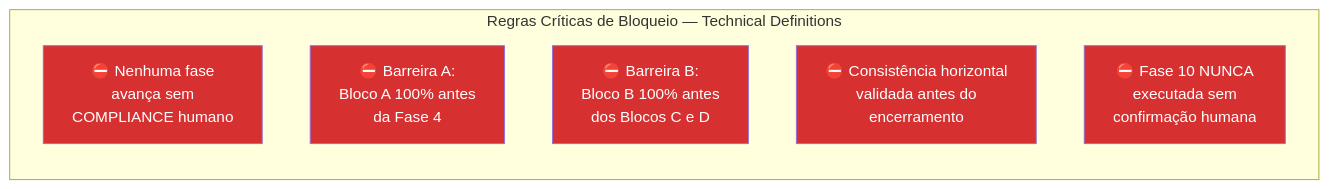
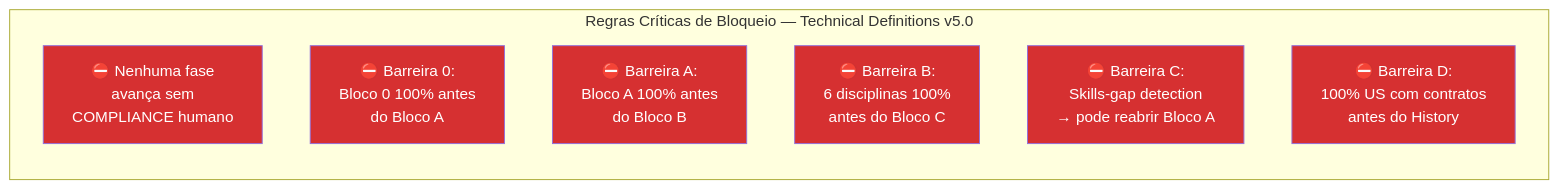
One commit to bolismar69/workspace-fbso changed the tenth of 10 diagrams in .specs/prompts/project-technical-definitions/FLOWCHART-PROMPT-ROADMAP-GENERATE-PROJECT-TECHNICAL-DEFINITIONS.md. Above: the diagram before and after it, drawn with Mermaid. The commit also changed other lines of this file, not shown here.

First line of the commit message:
docs: flowchart tech-defs v4.0 → v5.0 — blocos sequenciais, 20 fases

````diff
--- a/.specs/prompts/project-technical-definitions/FLOWCHART-PROMPT-ROADMAP-GENERATE-PROJECT-TECHNICAL-DEFINITIONS.md
+++ b/.specs/prompts/project-technical-definitions/FLOWCHART-PROMPT-ROADMAP-GENERATE-PROJECT-TECHNICAL-DEFINITIONS.md
@@ -669,16 +927,18 @@
 ```mermaid
 flowchart LR
-    subgraph GATING[Regras Críticas de Bloqueio — Technical Definitions]
+    subgraph GATING[Regras Críticas de Bloqueio — Technical Definitions v5.0]
         G1[⛔ Nenhuma fase<br/>avança sem<br/>COMPLIANCE humano]
-        G2[⛔ Barreira A:<br/>Bloco A 100% antes<br/>da Fase 4]
-        G3[⛔ Barreira B:<br/>Bloco B 100% antes<br/>dos Blocos C e D]
-        G4[⛔ Consistência horizontal<br/>validada antes do<br/>encerramento]
-        G5[⛔ Fase 10 NUNCA<br/>executada sem<br/>confirmação humana]
+        G2[⛔ Barreira 0:<br/>Bloco 0 100% antes<br/>do Bloco A]
+        G3[⛔ Barreira A:<br/>Bloco A 100% antes<br/>do Bloco B]
+        G4[⛔ Barreira B:<br/>6 disciplinas 100%<br/>antes do Bloco C]
+        G5[⛔ Barreira C:<br/>Skills-gap detection<br/>→ pode reabrir Bloco A]
+        G6[⛔ Barreira D:<br/>100% US com contratos<br/>antes do History]
     end
 
     style G1 fill:#d63031,color:#fff
     style G2 fill:#d63031,color:#fff
     style G3 fill:#d63031,color:#fff
     style G4 fill:#d63031,color:#fff
     style G5 fill:#d63031,color:#fff
+    style G6 fill:#d63031,color:#fff
 ```
````
